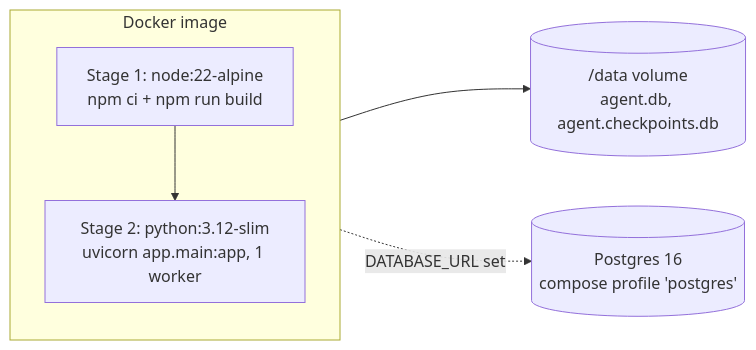
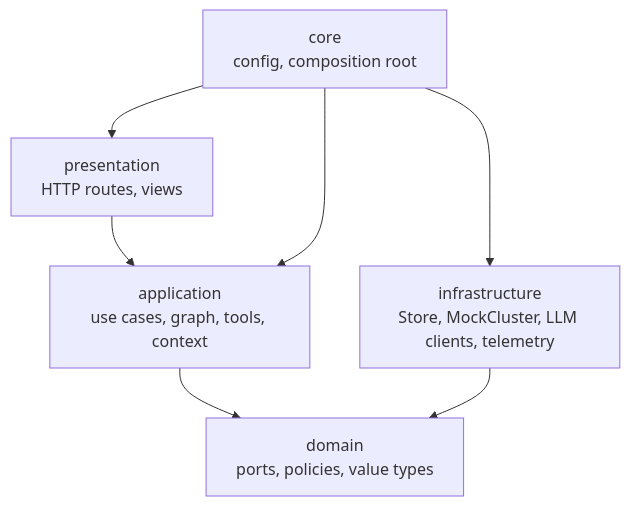
One commit to Zulfiqar7862/incident-triage-agent changed the fourth of 4 diagrams in docs/HLD.md. Above: the diagram before and after it, drawn with Mermaid. The commit also changed other lines of this file and 17 other files, not shown here.

````diff
--- a/docs/HLD.md
+++ b/docs/HLD.md
@@ -162,9 +264,7 @@
 ```mermaid
-flowchart LR
-  subgraph Image[Docker image]
-    direction TB
-    N[Stage 1: node:22-alpine<br/>npm ci + npm run build] --> P[Stage 2: python:3.12-slim<br/>uvicorn app.main:app, 1 worker]
-  end
-  P --> V[(/data volume<br/>agent.db, agent.checkpoints.db)]
-  P -.DATABASE_URL set.-> PG[(Postgres 16<br/>compose profile 'postgres')]
+flowchart TB
+  P[presentation<br/>HTTP routes, views] --> A[application<br/>use cases, graph, tools, context]
+  A --> D[domain<br/>ports, policies, value types]
+  I[infrastructure<br/>Store, MockCluster, LLM clients, telemetry] --> D
+  C[core<br/>config, composition root] --> P & A & I
 ```
````
